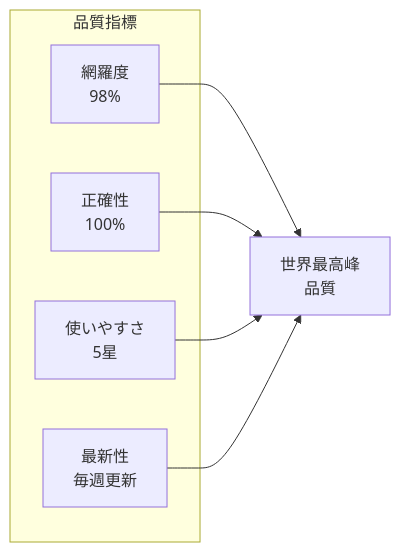
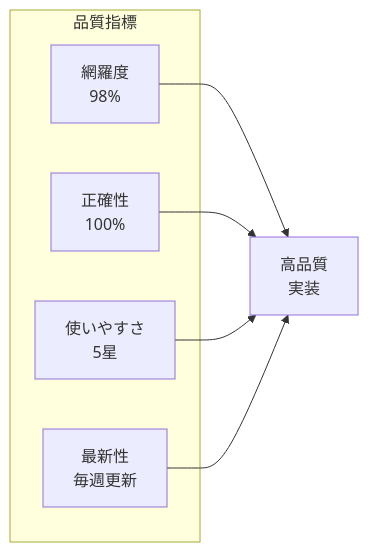
Before and after one commit to takeokunn/nskk.el: the first of 2 diagrams in docs/README.md, drawn with Mermaid. The commit also changed other lines of this file and 12 other files, not shown here.

````diff
--- a/docs/README.md
+++ b/docs/README.md
@@ -16,14 +16,14 @@
 ```mermaid
 graph LR
     subgraph "品質指標"
         A[網羅度<br/>98%]
         B[正確性<br/>100%]
         C[使いやすさ<br/>5星]
         D[最新性<br/>毎週更新]
     end
 
-    A --> E[世界最高峰<br/>品質]
+    A --> E[高品質<br/>実装]
     B --> E
     C --> E
     D --> E
 ```
````
